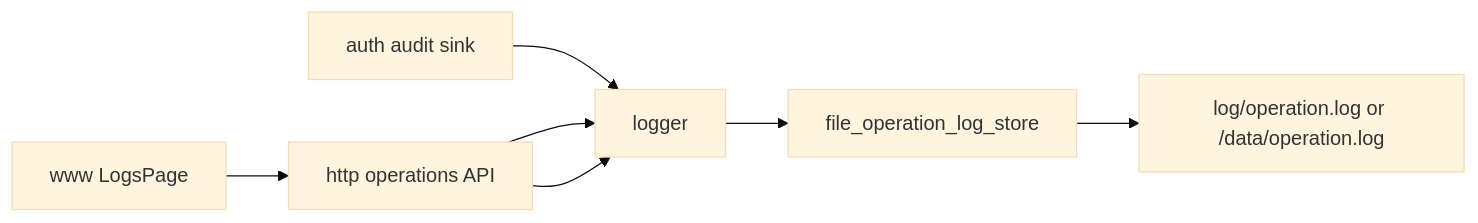
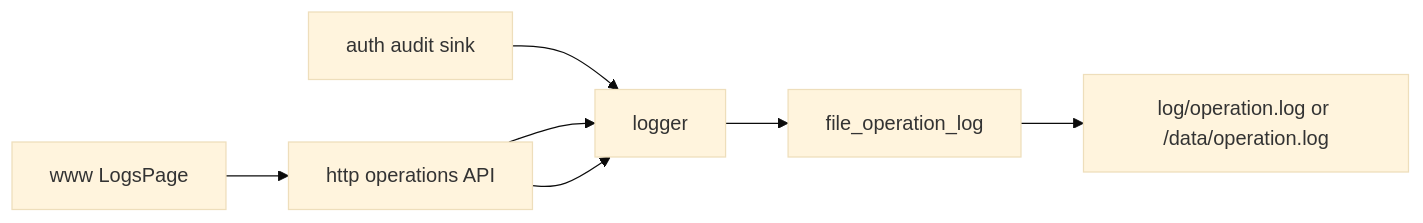
The diagram in docs/libs/logger.md (373699756/live_stream), drawn with Mermaid (base theme) before and after one commit. The commit also changed other lines of this file and 28 other files, not shown here.

````diff
--- a/docs/libs/logger.md
+++ b/docs/libs/logger.md
@@ -14,9 +14,9 @@
 ```mermaid
 flowchart LR
   Auth[auth audit sink] --> Logger[logger]
   HTTP[HTTP operation handlers] --> Logger
-  Logger --> Store[file_operation_log_store]
-  Store --> File[log/operation.log or /data/operation.log]
+  Logger --> OperationLog[file_operation_log]
+  OperationLog --> File[log/operation.log or /data/operation.log]
   Web[www LogsPage] --> HTTP[http operations API]
   HTTP --> Logger
 ```
````
